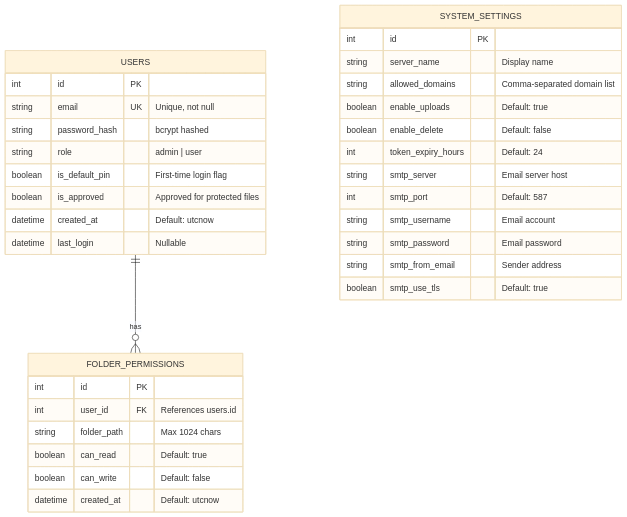
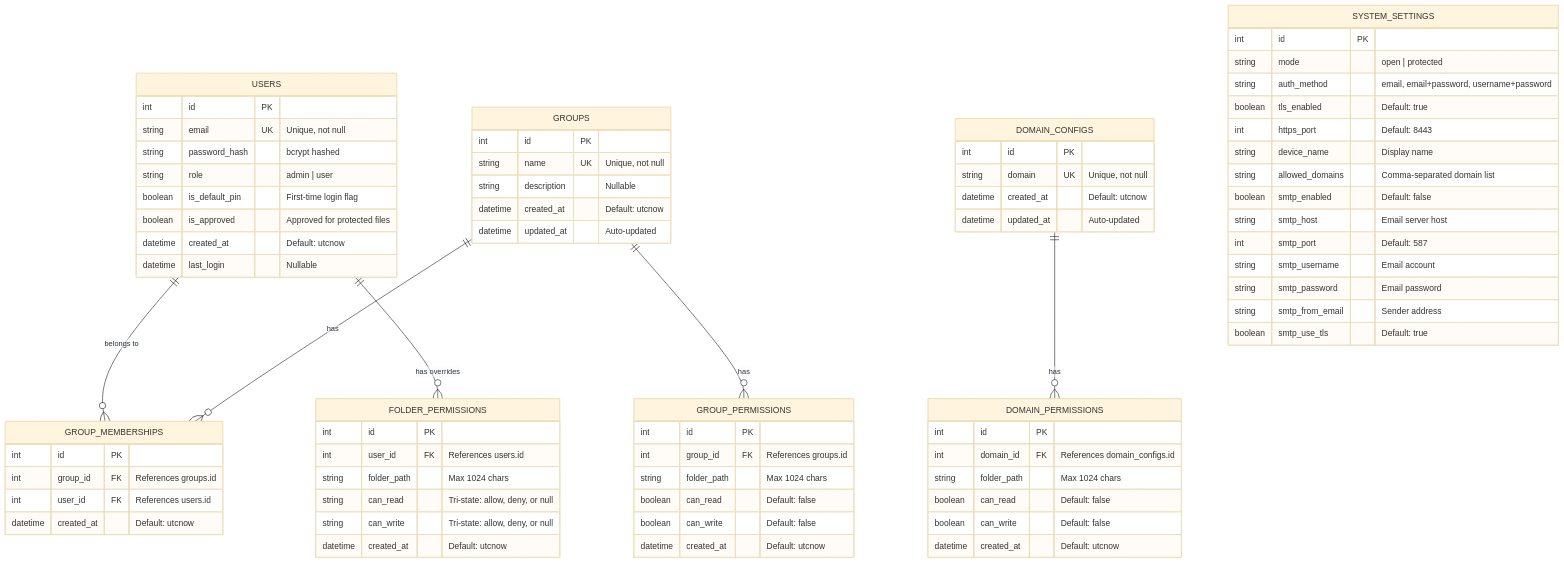
One commit to andreas-04/thumbs-up changed the eighth of 8 diagrams in docs/diagrams.md. Above: the diagram before and after it, drawn with Mermaid (base theme). The commit also changed other lines of this file, not shown here.

First line of the commit message:
Update diagrams to reflect RBAC refactoring

````diff
--- a/docs/diagrams.md
+++ b/docs/diagrams.md
@@ -415,23 +473,65 @@
         datetime last_login "Nullable"
     }
 
+    GROUPS {
+        int id PK
+        string name UK "Unique, not null"
+        string description "Nullable"
+        datetime created_at "Default: utcnow"
+        datetime updated_at "Auto-updated"
+    }
+
+    GROUP_MEMBERSHIPS {
+        int id PK
+        int group_id FK "References groups.id"
+        int user_id FK "References users.id"
+        datetime created_at "Default: utcnow"
+    }
+
+    GROUP_PERMISSIONS {
+        int id PK
+        int group_id FK "References groups.id"
+        string folder_path "Max 1024 chars"
+        boolean can_read "Default: false"
+        boolean can_write "Default: false"
+        datetime created_at "Default: utcnow"
+    }
+
     FOLDER_PERMISSIONS {
         int id PK
         int user_id FK "References users.id"
         string folder_path "Max 1024 chars"
-        boolean can_read "Default: true"
+        string can_read "Tri-state: allow, deny, or null"
+        string can_write "Tri-state: allow, deny, or null"
+        datetime created_at "Default: utcnow"
+    }
+
+    DOMAIN_CONFIGS {
+        int id PK
+        string domain UK "Unique, not null"
+        datetime created_at "Default: utcnow"
+        datetime updated_at "Auto-updated"
+    }
+
+    DOMAIN_PERMISSIONS {
+        int id PK
+        int domain_id FK "References domain_configs.id"
+        string folder_path "Max 1024 chars"
+        boolean can_read "Default: false"
         boolean can_write "Default: false"
         datetime created_at "Default: utcnow"
     }
 
     SYSTEM_SETTINGS {
         int id PK
-        string server_name "Display name"
+        string mode "open | protected"
+        string auth_method "email, email+password, username+password"
+        boolean tls_enabled "Default: true"
+        int https_port "Default: 8443"
+        string device_name "Display name"
         string allowed_domains "Comma-separated domain list"
-        boolean enable_uploads "Default: true"
-        boolean enable_delete "Default: false"
-        int token_expiry_hours "Default: 24"
-        string smtp_server "Email server host"
+        boolean smtp_enabled "Default: false"
+        string smtp_host "Email server host"
         int smtp_port "Default: 587"
         string smtp_username "Email account"
         string smtp_password "Email password"
@@ -439,5 +539,9 @@
         boolean smtp_use_tls "Default: true"
     }
 
-    USERS ||--o{ FOLDER_PERMISSIONS : "has"
+    USERS ||--o{ GROUP_MEMBERSHIPS : "belongs to"
+    GROUPS ||--o{ GROUP_MEMBERSHIPS : "has"
+    GROUPS ||--o{ GROUP_PERMISSIONS : "has"
+    USERS ||--o{ FOLDER_PERMISSIONS : "has overrides"
+    DOMAIN_CONFIGS ||--o{ DOMAIN_PERMISSIONS : "has"
 ```
````
